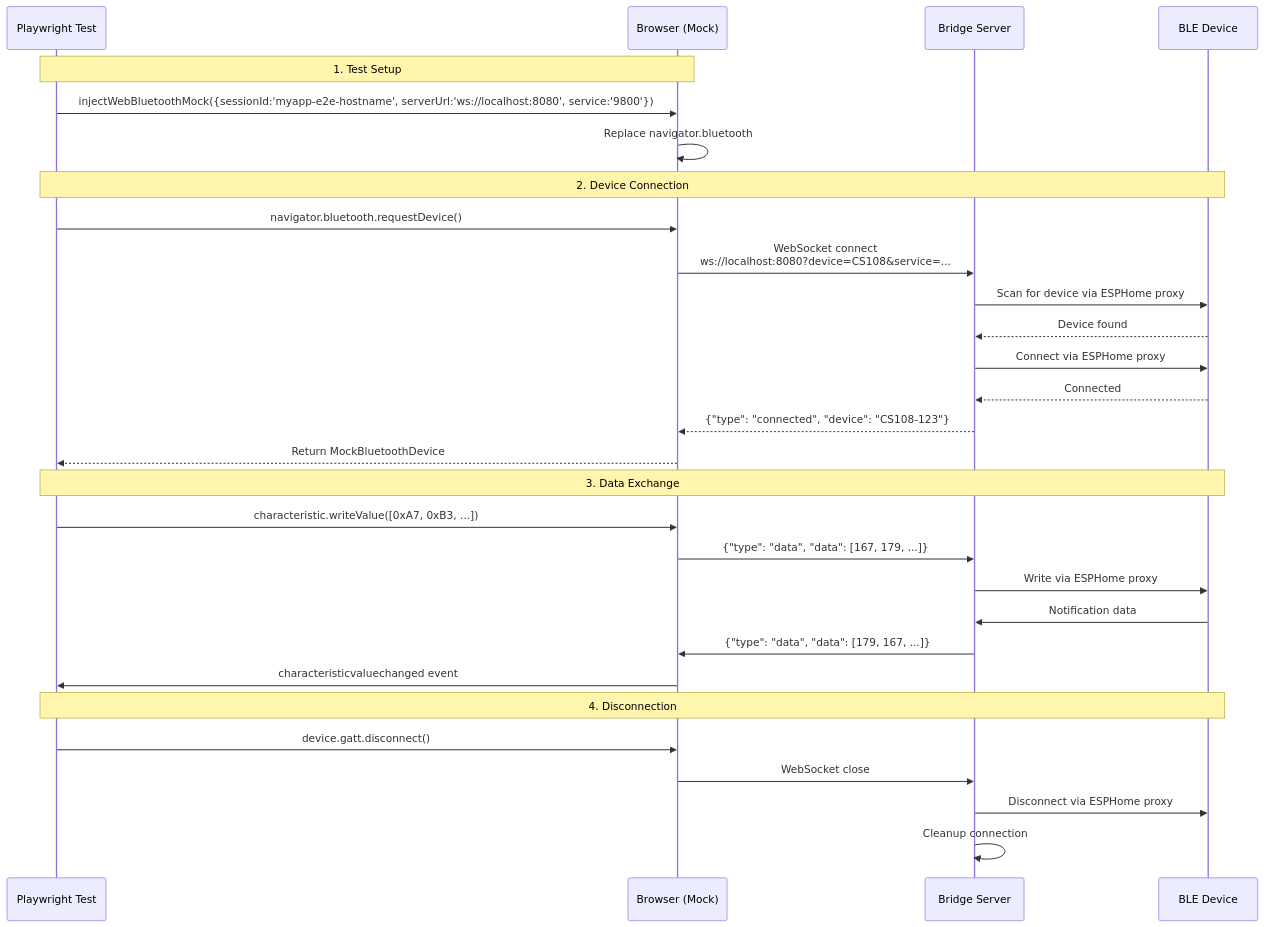
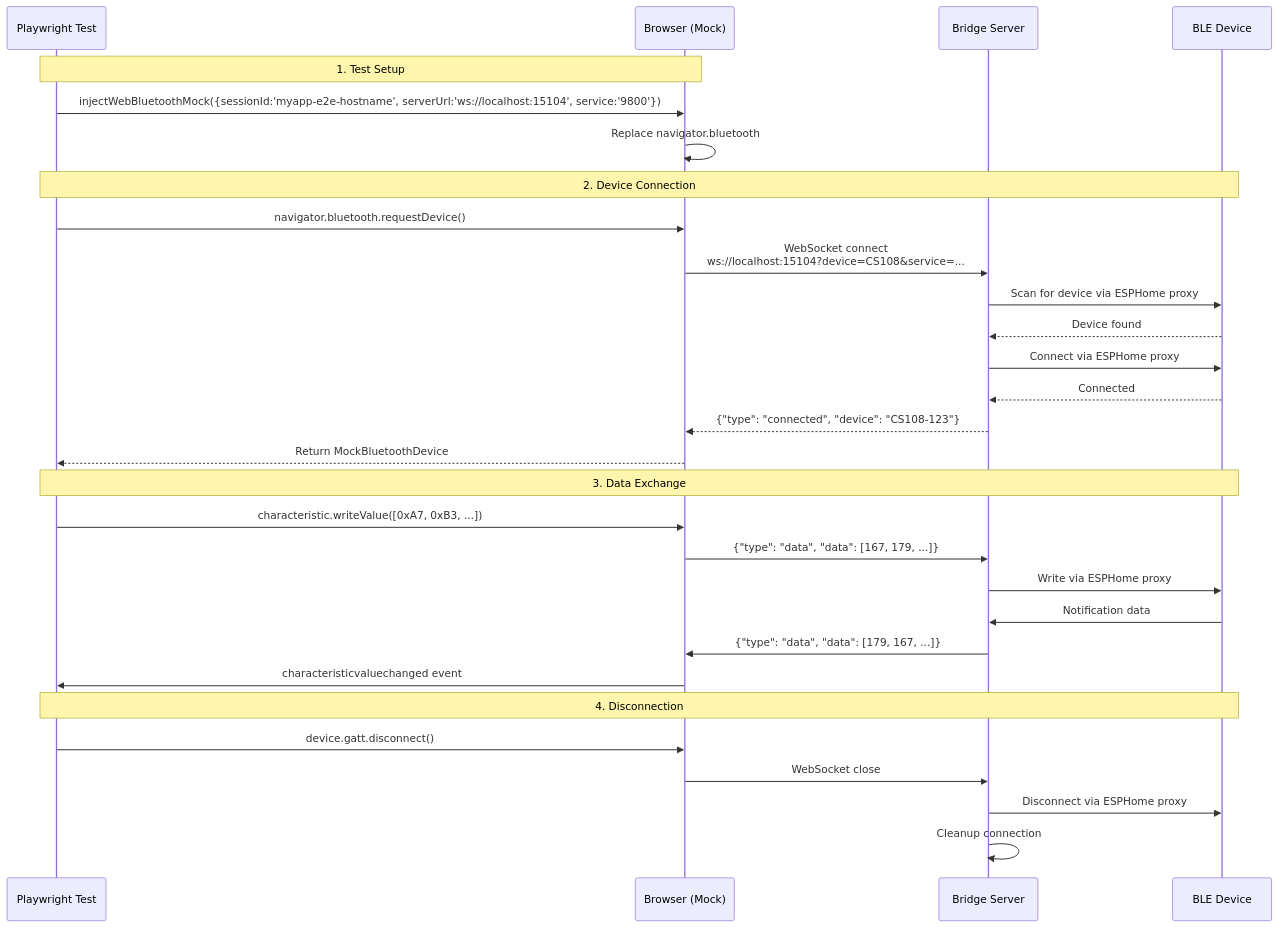
Before and after one commit to ble-mcp-test/ble-mcp-test: the diagram in README.md, drawn with Mermaid. The commit also changed other lines of this file and 37 other files, not shown here.

````diff
--- a/README.md
+++ b/README.md
@@ -38,36 +38,36 @@
 ```mermaid
 sequenceDiagram
     participant Test as Playwright Test
     participant Browser as Browser (Mock)
     participant Bridge as Bridge Server
     participant BLE as BLE Device
 
     Note over Test,Browser: 1. Test Setup
-    Test->>Browser: injectWebBluetoothMock({sessionId:'myapp-e2e-hostname', serverUrl:'ws://localhost:8080', service:'9800'})
+    Test->>Browser: injectWebBluetoothMock({sessionId:'myapp-e2e-hostname', serverUrl:'ws://localhost:15104', service:'9800'})
     Browser->>Browser: Replace navigator.bluetooth
 
     Note over Test,BLE: 2. Device Connection
     Test->>Browser: navigator.bluetooth.requestDevice()
-    Browser->>Bridge: WebSocket connect<br/>ws://localhost:8080?device=CS108&service=...
+    Browser->>Bridge: WebSocket connect<br/>ws://localhost:15104?device=CS108&service=...
     Bridge->>BLE: Scan for device via ESPHome proxy
     BLE-->>Bridge: Device found
     Bridge->>BLE: Connect via ESPHome proxy
     BLE-->>Bridge: Connected
     Bridge-->>Browser: {"type": "connected", "device": "CS108-123"}
     Browser-->>Test: Return MockBluetoothDevice
 
     Note over Test,BLE: 3. Data Exchange
     Test->>Browser: characteristic.writeValue([0xA7, 0xB3, ...])
     Browser->>Bridge: {"type": "data", "data": [167, 179, ...]}
     Bridge->>BLE: Write via ESPHome proxy
     
     BLE->>Bridge: Notification data
     Bridge->>Browser: {"type": "data", "data": [179, 167, ...]}
     Browser->>Test: characteristicvaluechanged event
 
     Note over Test,BLE: 4. Disconnection
     Test->>Browser: device.gatt.disconnect()
     Browser->>Bridge: WebSocket close
     Bridge->>BLE: Disconnect via ESPHome proxy
     Bridge->>Bridge: Cleanup connection
 ```
````
